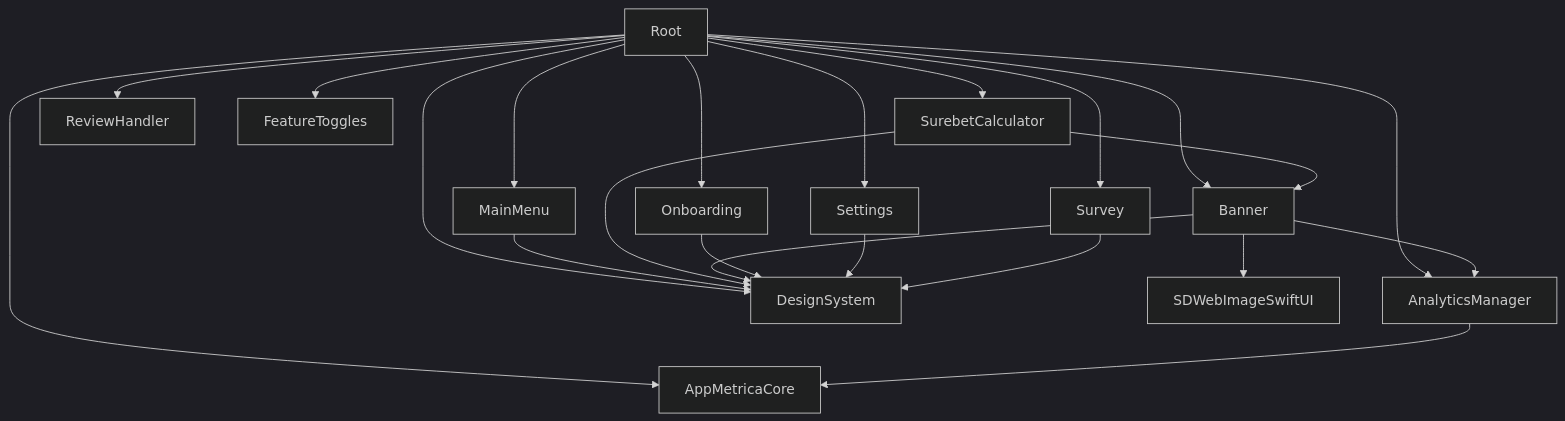
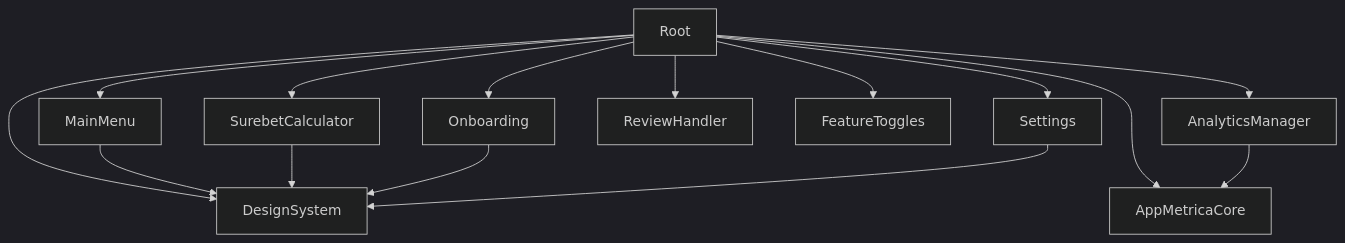
One commit to IaroslavAl/surebet-calculator-ios changed the diagram in docs/reference/DEPENDENCY_GRAPH.md. Above: the diagram before and after it, drawn with Mermaid (dark theme). The commit also changed other lines of this file and 63 other files, not shown here.

Commit message:
refactor: decommission Banner and Survey modules

````diff
--- a/docs/reference/DEPENDENCY_GRAPH.md
+++ b/docs/reference/DEPENDENCY_GRAPH.md
@@ -5,29 +5,21 @@
 ```mermaid
 graph TD
     Root --> SurebetCalculator
-    Root --> Banner
     Root --> MainMenu
     Root --> Onboarding
     Root --> Settings
     Root --> ReviewHandler
-    Root --> Survey
     Root --> FeatureToggles
     Root --> AnalyticsManager
     Root --> DesignSystem
     Root --> AppMetricaCore
 
     MainMenu --> DesignSystem
 
-    SurebetCalculator --> Banner
     SurebetCalculator --> DesignSystem
-
-    Banner --> AnalyticsManager
-    Banner --> SDWebImageSwiftUI
-    Banner --> DesignSystem
 
     Onboarding --> DesignSystem
     Settings --> DesignSystem
-    Survey --> DesignSystem
 
     AnalyticsManager --> AppMetricaCore
 ```
````
